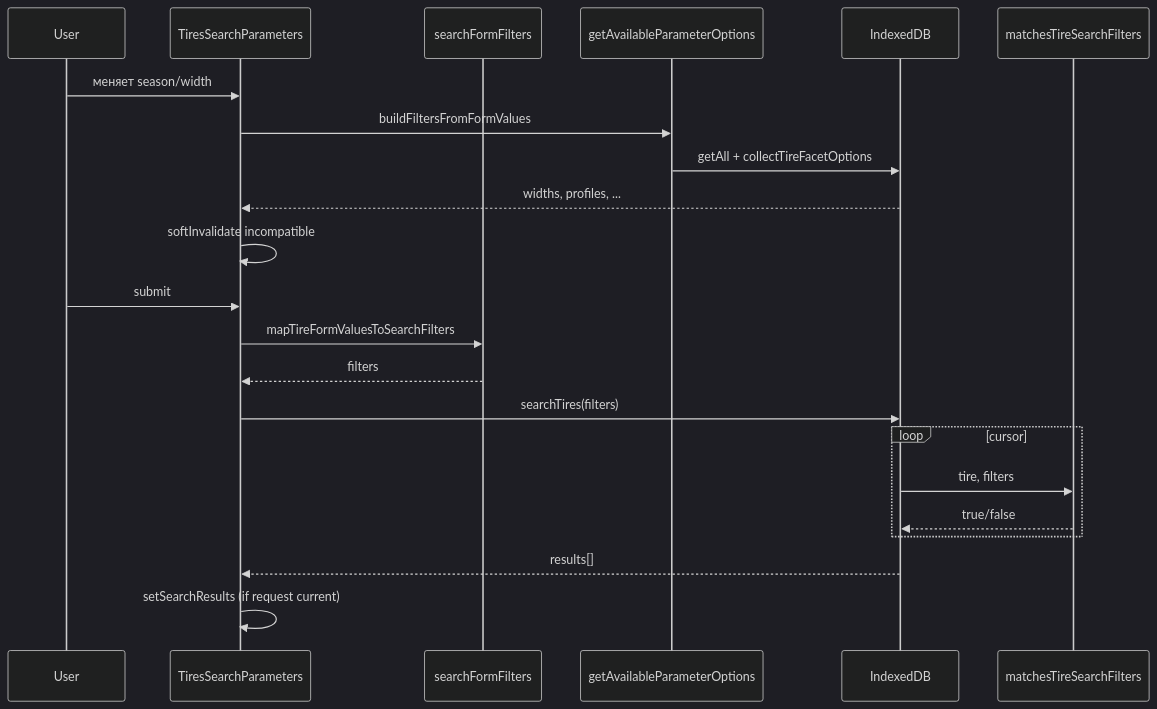
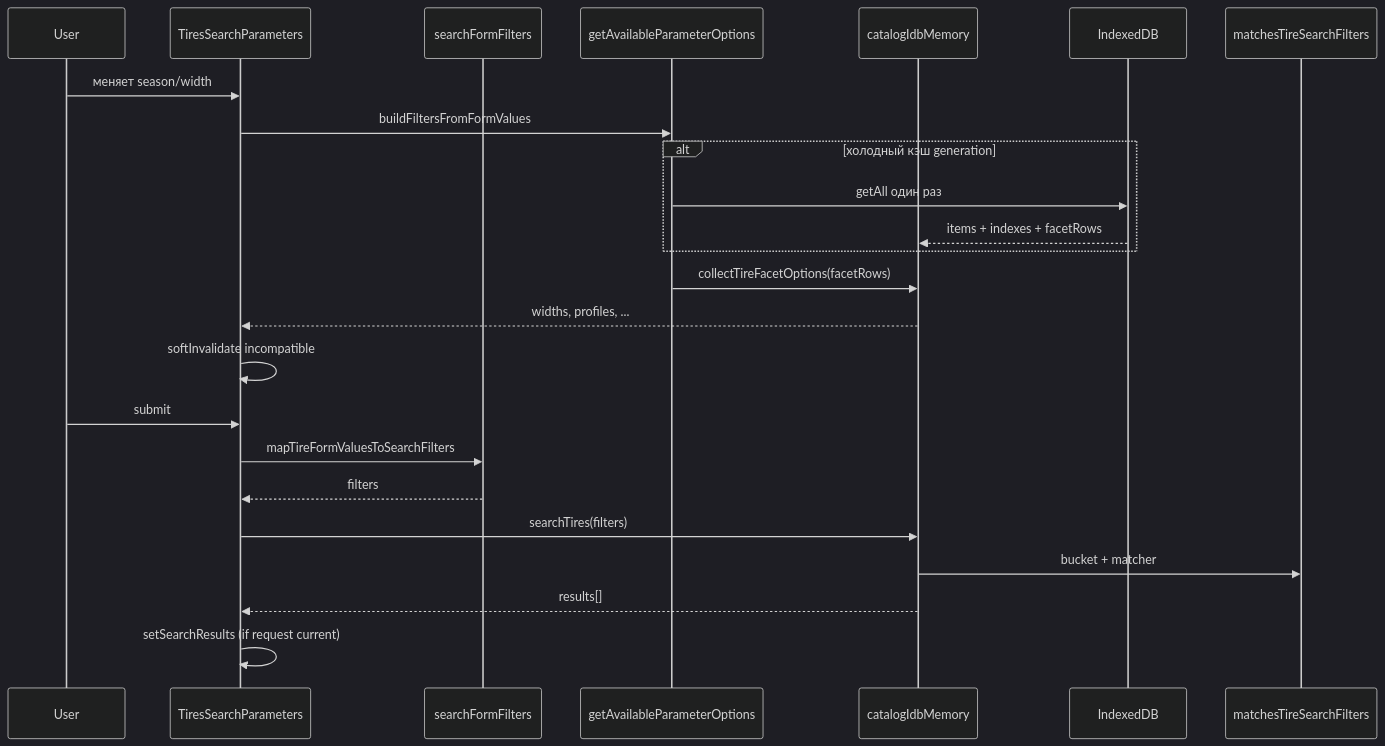
The first of 2 diagrams in docs/08-search-showcase/tire-and-disc-search.md (iscander-b10/tyres_discs), drawn with Mermaid (dark theme) before and after one commit. The commit also changed other lines of this file and 25 other files, not shown here.

Commit message:
Speed up catalog search by reading RAM cache instead of scanning IndexedDB on every filter change.

````diff
--- a/docs/08-search-showcase/tire-and-disc-search.md
+++ b/docs/08-search-showcase/tire-and-disc-search.md
@@ -356,26 +366,28 @@
 ```mermaid
 sequenceDiagram
   participant User
   participant Form as TiresSearchParameters
   participant Map as searchFormFilters
   participant Facets as getAvailableParameterOptions
+  participant RAM as catalogIdbMemory
   participant IDB as IndexedDB
   participant Match as matchesTireSearchFilters
 
   User->>Form: меняет season/width
   Form->>Facets: buildFiltersFromFormValues
-  Facets->>IDB: getAll + collectTireFacetOptions
-  IDB-->>Form: widths, profiles, ...
+  alt холодный кэш generation
+    Facets->>IDB: getAll один раз
+    IDB-->>RAM: items + indexes + facetRows
+  end
+  Facets->>RAM: collectTireFacetOptions(facetRows)
+  RAM-->>Form: widths, profiles, ...
   Form->>Form: softInvalidate incompatible
 
   User->>Form: submit
   Form->>Map: mapTireFormValuesToSearchFilters
   Map-->>Form: filters
-  Form->>IDB: searchTires(filters)
-  loop cursor
-    IDB->>Match: tire, filters
-    Match-->>IDB: true/false
-  end
-  IDB-->>Form: results[]
+  Form->>RAM: searchTires(filters)
+  RAM->>Match: bucket + matcher
+  RAM-->>Form: results[]
   Form->>Form: setSearchResults (if request current)
 ```
````
